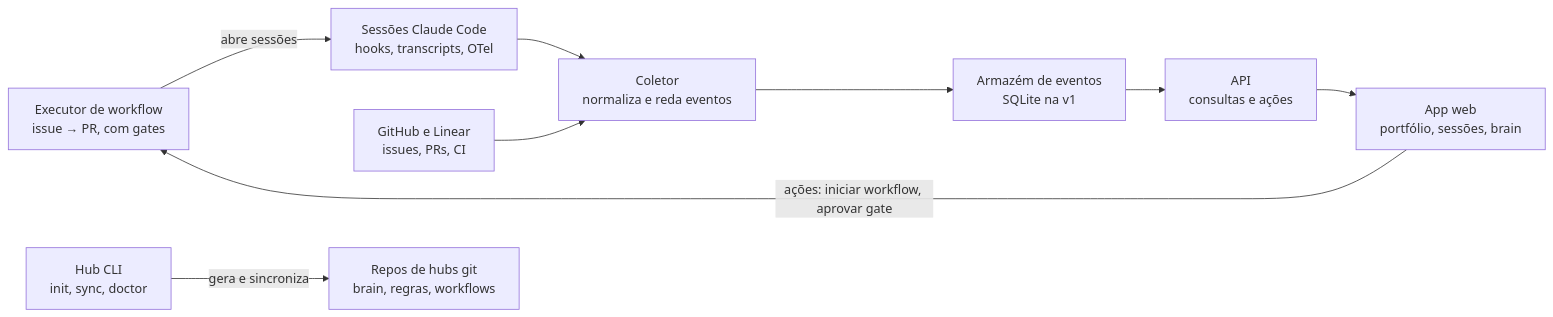
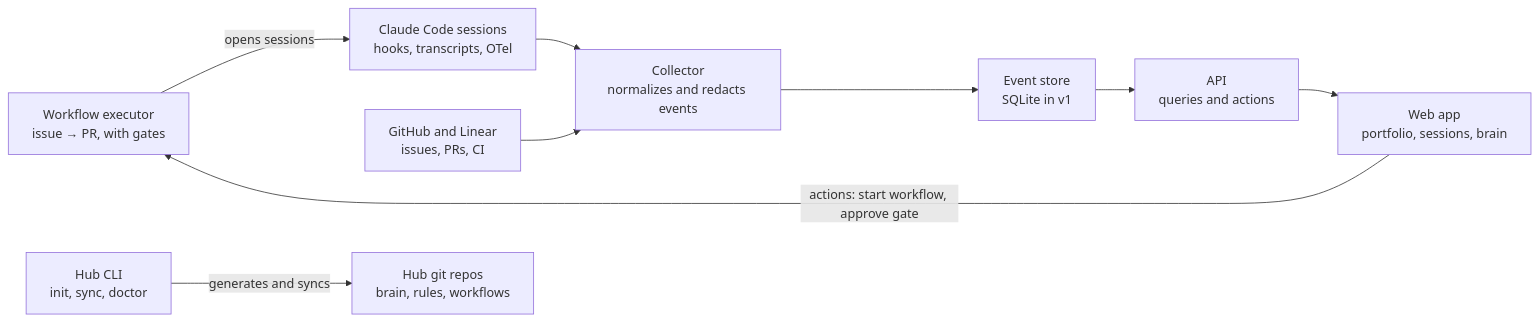
The diagram in docs/SPEC.md (jroquette/agent-hub), drawn with Mermaid before and after one commit. The commit also changed other lines of this file, not shown here.

````diff
--- a/docs/SPEC.md
+++ b/docs/SPEC.md
@@ -116,11 +116,11 @@
 ```mermaid
 flowchart LR
-  exec[Executor de workflow<br/>issue → PR, com gates] -->|abre sessões| sess[Sessões Claude Code<br/>hooks, transcripts, OTel]
-  sess --> col[Coletor<br/>normaliza e reda eventos]
-  gh[GitHub e Linear<br/>issues, PRs, CI] --> col
-  col --> store[Armazém de eventos<br/>SQLite na v1]
-  store --> api[API<br/>consultas e ações]
-  api --> app[App web<br/>portfólio, sessões, brain]
-  app -->|ações: iniciar workflow, aprovar gate| exec
-  cli[Hub CLI<br/>init, sync, doctor] -->|gera e sincroniza| hubs[Repos de hubs git<br/>brain, regras, workflows]
+  exec[Workflow executor<br/>issue → PR, with gates] -->|opens sessions| sess[Claude Code sessions<br/>hooks, transcripts, OTel]
+  sess --> col[Collector<br/>normalizes and redacts events]
+  gh[GitHub and Linear<br/>issues, PRs, CI] --> col
+  col --> store[Event store<br/>SQLite in v1]
+  store --> api[API<br/>queries and actions]
+  api --> app[Web app<br/>portfolio, sessions, brain]
+  app -->|actions: start workflow, approve gate| exec
+  cli[Hub CLI<br/>init, sync, doctor] -->|generates and syncs| hubs[Hub git repos<br/>brain, rules, workflows]
 ```
````
